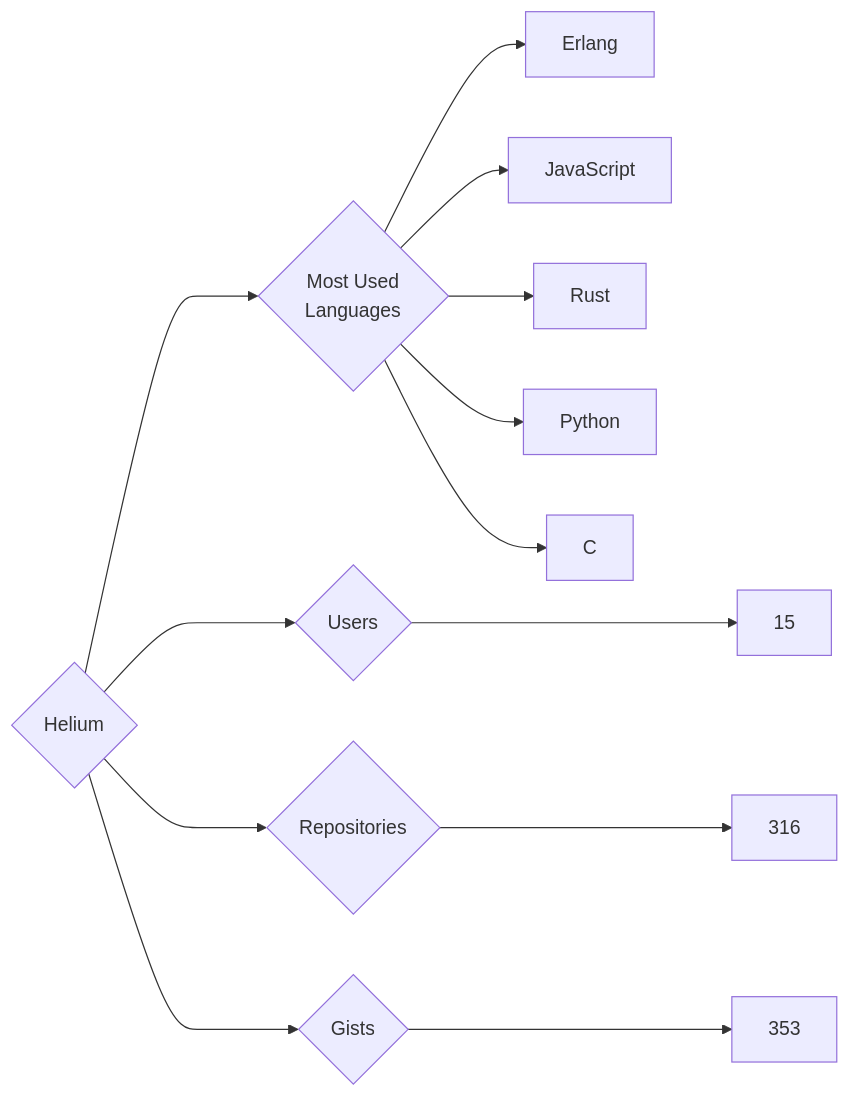
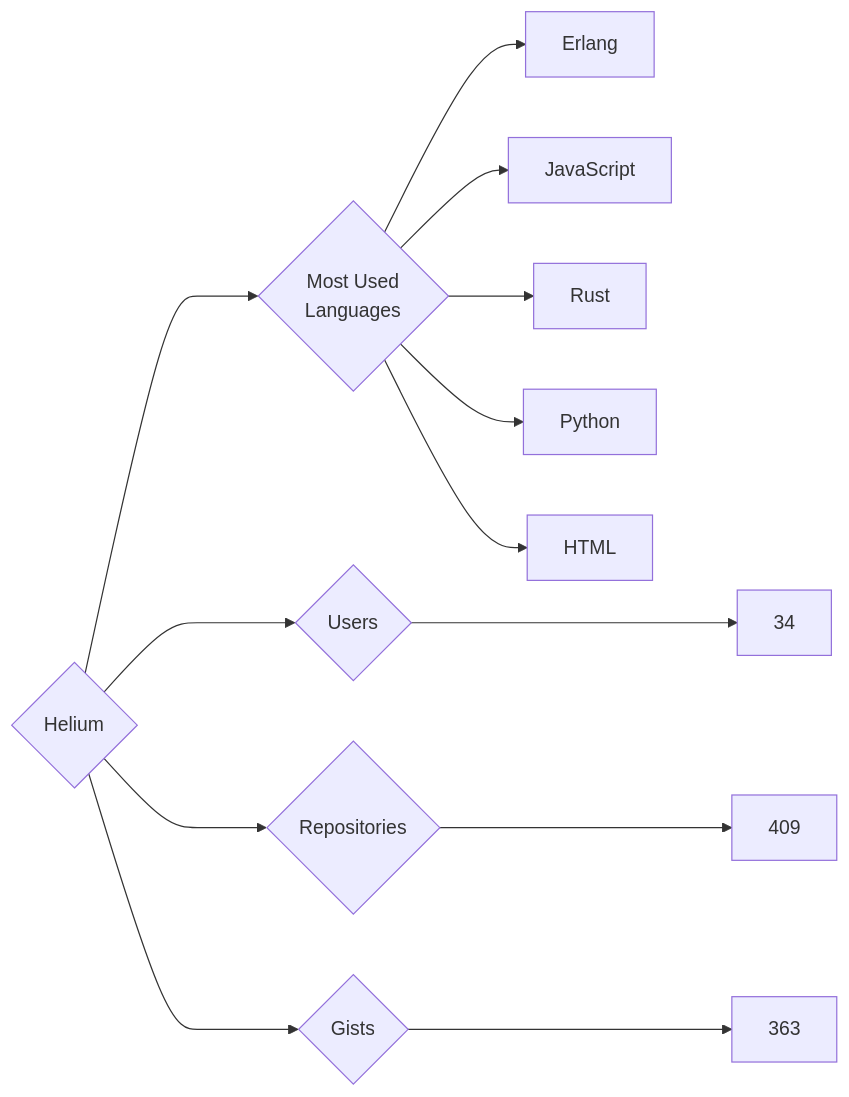
One commit to trickest/insiders changed the diagram in targets/Helium/README.md. Above: the diagram before and after it, drawn with Mermaid. The commit also changed 749 other files, not shown here.

````diff
--- a/targets/Helium/README.md
+++ b/targets/Helium/README.md
@@ -3,13 +3,13 @@
 ```mermaid
 graph LR
 COMPANY_NAME{Helium}
-COMPANY_NAME ---> U{Users} ---> UN[15]
-COMPANY_NAME ---> R{Repositories} ---> RN[316]
-COMPANY_NAME ---> G{Gists} ---> GN[353]
+COMPANY_NAME ---> U{Users} ---> UN[34]
+COMPANY_NAME ---> R{Repositories} ---> RN[409]
+COMPANY_NAME ---> G{Gists} ---> GN[363]
 COMPANY_NAME ---> ML{Most Used<br>Languages}
 ML --> Erlang[Erlang]
 ML --> JavaScript[JavaScript]
 ML --> Rust[Rust]
 ML --> Python[Python]
-ML --> C[C]
+ML --> HTML[HTML]
 ```
````
